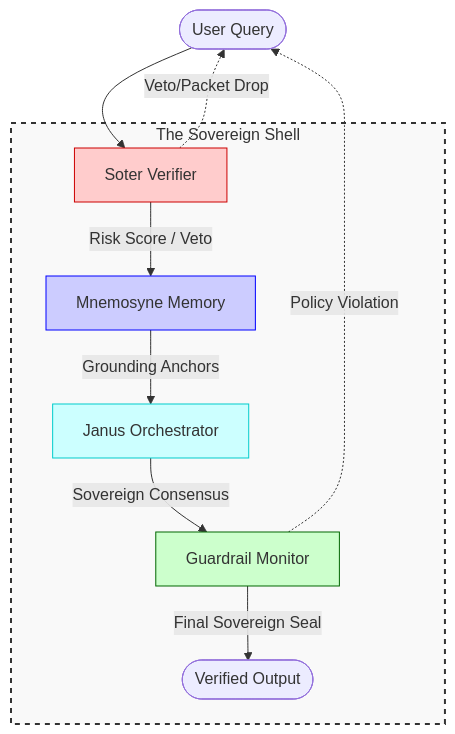
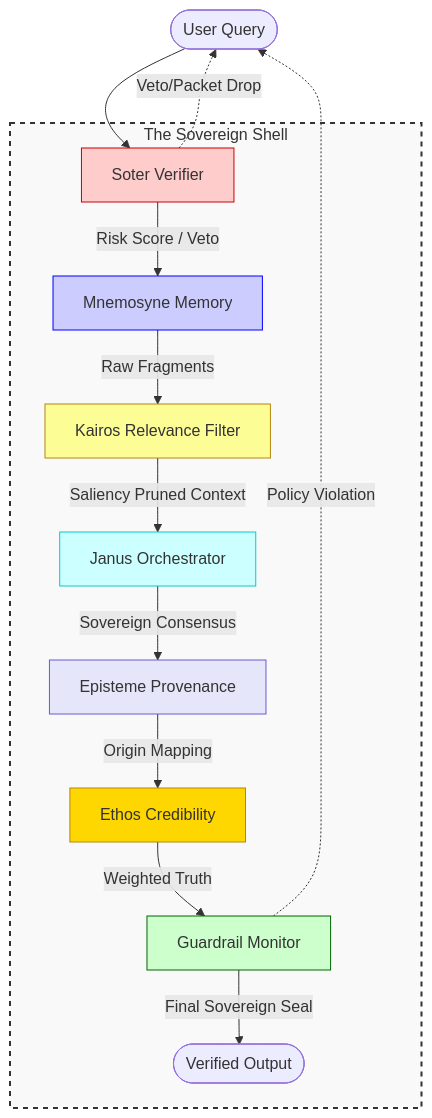
One commit to TylerGarlick/abraxas changed the first of 3 diagrams in docs/architecture/brain-diagram.md. Above: the diagram before and after it, drawn with Mermaid. The commit also changed other lines of this file and 1 other file, not shown here.

Commit message:
docs: update brain diagrams for full epistemic suite and add Sovereign Nexus plan

````diff
--- a/docs/architecture/brain-diagram.md
+++ b/docs/architecture/brain-diagram.md
@@ -10,20 +10,26 @@
 ```mermaid
 graph TD
     User([User Query]) --> Soter[Soter Verifier]
     
     subgraph Deterministic_Shell [The Sovereign Shell]
         Soter -->|Risk Score / Veto| Mnemosyne[Mnemosyne Memory]
-        Mnemosyne -->|Grounding Anchors| Janus[Janus Orchestrator]
-        Janus -->|Sovereign Consensus| Guardrail[Guardrail Monitor]
+        Mnemosyne -->|Raw Fragments| Kairos[Kairos Relevance Filter]
+        Kairos -->|Saliency Pruned Context| Janus[Janus Orchestrator]
+        Janus -->|Sovereign Consensus| Episteme[Episteme Provenance]
+        Episteme -->|Origin Mapping| Ethos[Ethos Credibility]
+        Ethos -->|Weighted Truth| Guardrail[Guardrail Monitor]
         Guardrail -->|Final Sovereign Seal| Output([Verified Output])
     end
 
     Soter -.->|Veto/Packet Drop| User
     Guardrail -.->|Policy Violation| User
 
     style Deterministic_Shell fill:#f9f9f9,stroke:#333,stroke-width:2px,stroke-dasharray: 5 5
     style Soter fill:#ffcccc,stroke:#cc0000
     style Mnemosyne fill:#ccf,stroke:#0000ff
+    style Kairos fill:#fdfd96,stroke:#b8860b
     style Janus fill:#cff,stroke:#00cccc
+    style Episteme fill:#e6e6fa,stroke:#6a5acd
+    style Ethos fill:#ffd700,stroke:#b8860b
     style Guardrail fill:#ccffcc,stroke:#006600
 ```
````
